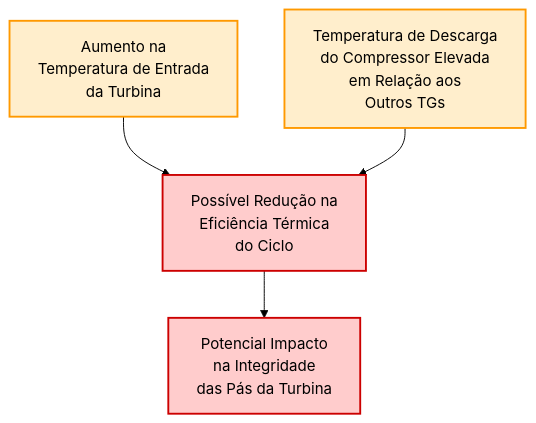
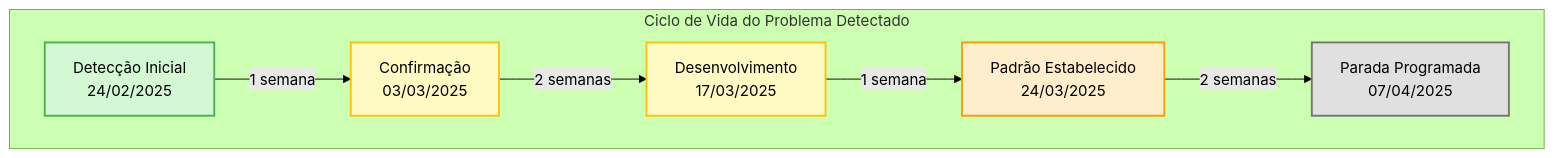
One commit to wonder-dmercadal/PublicReports changed the tenth of 11 diagrams in Frade_TG2_Analysis.md. Above: the diagram before and after it, drawn with Mermaid (forest theme). The commit also changed other lines of this file, not shown here.

````diff
--- a/Frade_TG2_Analysis.md
+++ b/Frade_TG2_Analysis.md
@@ -351,17 +338,19 @@
 ```mermaid
 graph TD
-    A[Aumento na<br>Temperatura de Entrada<br>da Turbina]
-    B[Temperatura de Descarga<br>do Compressor Elevada<br>em Relação aos<br>Outros TGs]
-    C[Possível Redução na<br>Eficiência Térmica<br>do Ciclo]
-    D[Potencial Impacto<br>na Integridade<br>das Pás da Turbina]
+    subgraph "Ciclo de Vida do Problema Detectado"
+    A[Detecção Inicial<br>24/02/2025] -->|1 semana| B[Confirmação<br>03/03/2025]
+    B -->|2 semanas| C[Desenvolvimento<br>17/03/2025]
+    C -->|1 semana| D[Padrão Estabelecido<br>24/03/2025]
+    D -->|2 semanas| E[Parada Programada<br>07/04/2025]
+    end
     
-    A --> C
-    B --> C
-    C --> D
+    classDef detection fill:#d4f7d4,stroke:#4CAF50,stroke-width:2px
+    classDef progression fill:#fff9c4,stroke:#FFC107,stroke-width:2px
+    classDef critical fill:#ffeecc,stroke:#ff9900,stroke-width:2px
+    classDef maintenance fill:#e0e0e0,stroke:#757575,stroke-width:2px
     
-    classDef evidence fill:#ffeecc,stroke:#ff9900,stroke-width:2px
-    classDef problem fill:#ffcccc,stroke:#cc0000,stroke-width:2px
-    
-    class A,B evidence
-    class C,D problem
+    class A detection
+    class B,C progression
+    class D critical
+    class E maintenance
 ```
````
